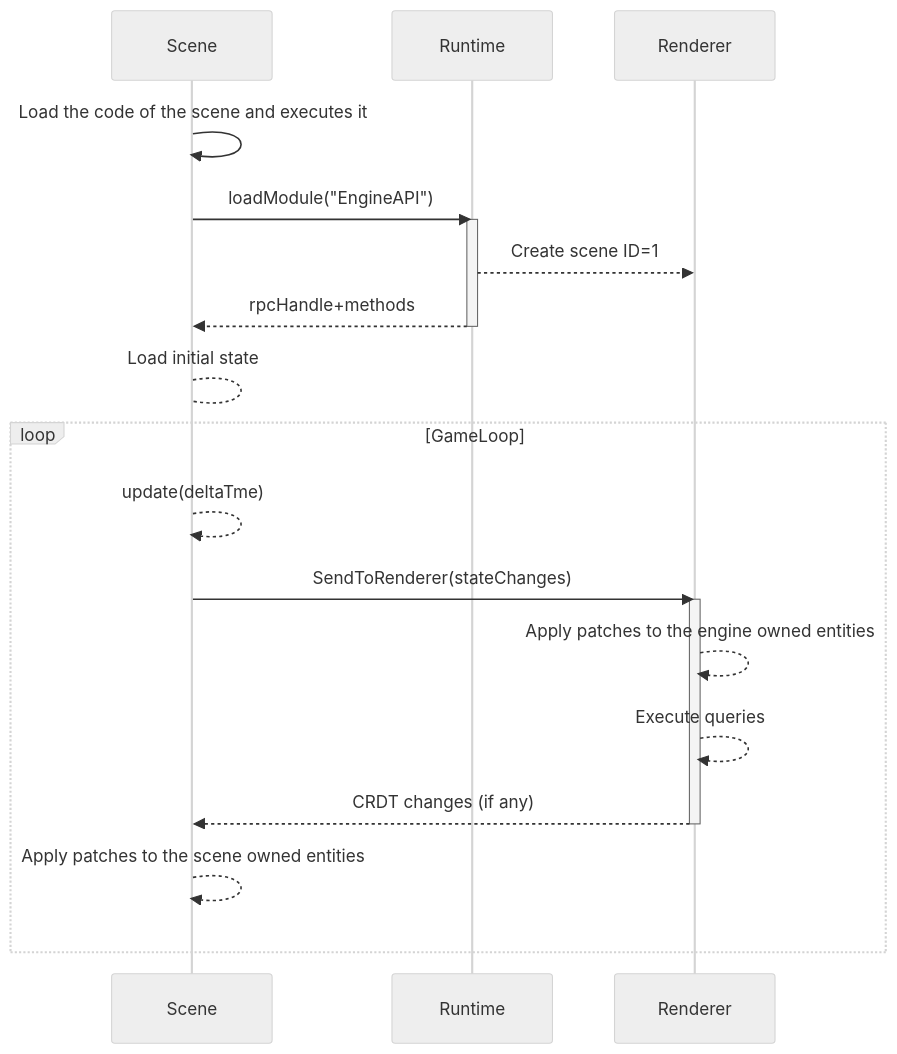
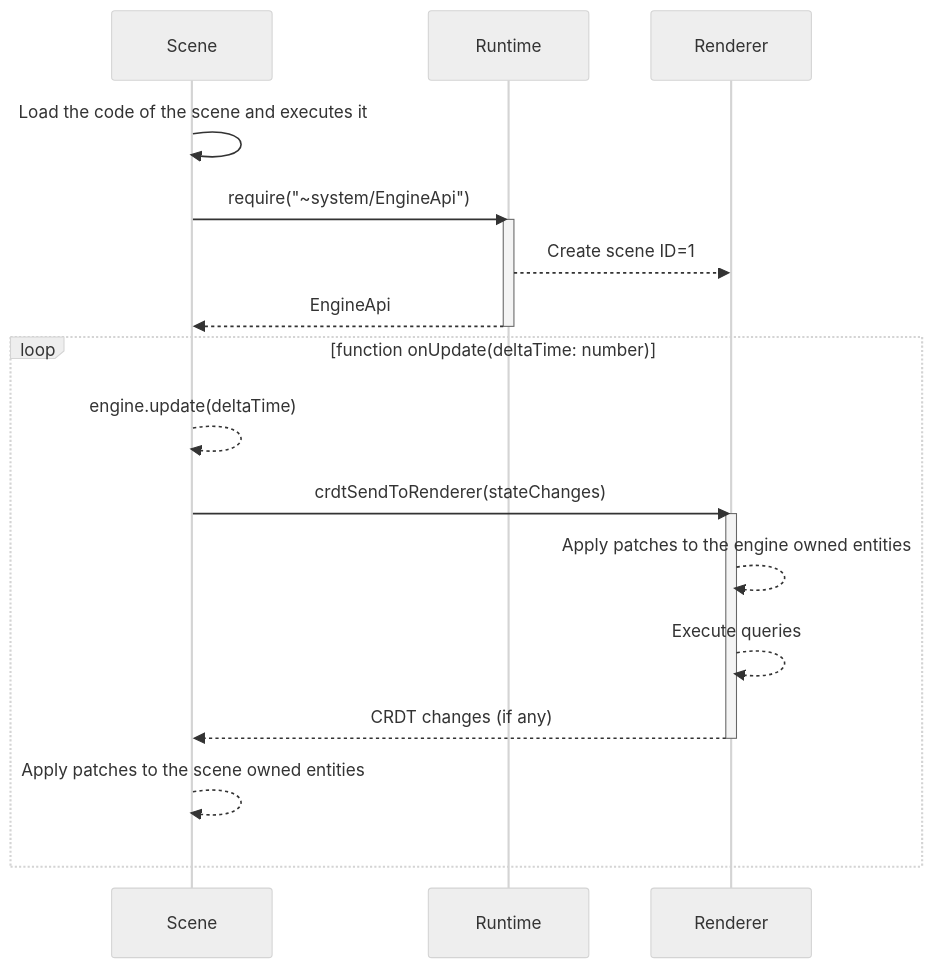
Before and after one commit to decentraland/adr: the second of 2 diagrams in content/ADR-133-scene-runtime.md, drawn with Mermaid (neutral theme). The commit also changed other lines of this file, not shown here.

````diff
--- a/content/ADR-133-scene-runtime.md
+++ b/content/ADR-133-scene-runtime.md
@@ -90,27 +93,25 @@
 ```mermaid
 sequenceDiagram
   participant S as Scene
   participant K as Runtime
   participant R as Renderer
 
   S->>S: Load the code of the scene and executes it
 
-  S->>K: loadModule("EngineAPI")
+  S->>K: require("~system/EngineApi")
   activate K
   K-->>R: Create scene ID=1
-  K-->>S: rpcHandle+methods
+  K-->>S: EngineApi
   deactivate K
 
-  S-->S: Load initial state
-
-  loop GameLoop
-    S-->>S: update(deltaTme)
-    S->>R: SendToRenderer(stateChanges)
+  loop function onUpdate(deltaTime: number)
+    S-->>S: engine.update(deltaTime)
+    S->>R: crdtSendToRenderer(stateChanges)
     activate R
     R-->>R: Apply patches to the engine owned entities
     R-->>R: Execute queries
     R-->>S: CRDT changes (if any)
     deactivate R
     S-->>S: Apply patches to the scene owned entities
   end
 ```
````
